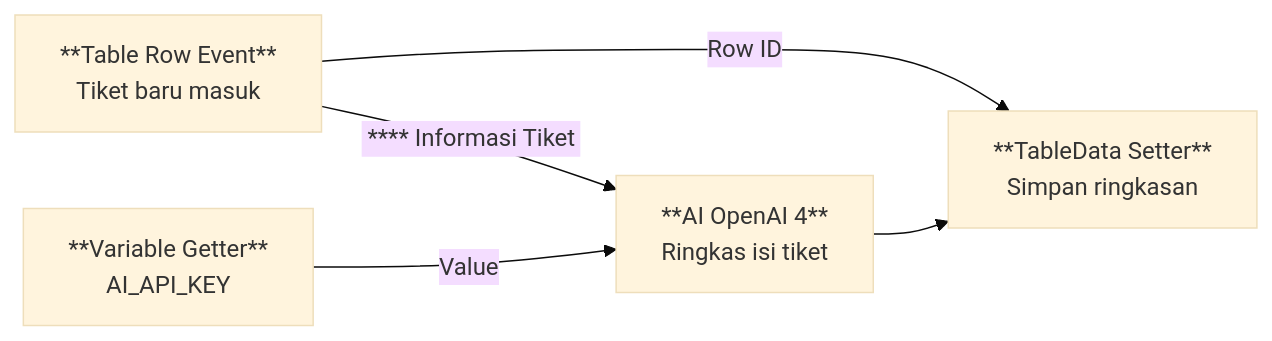
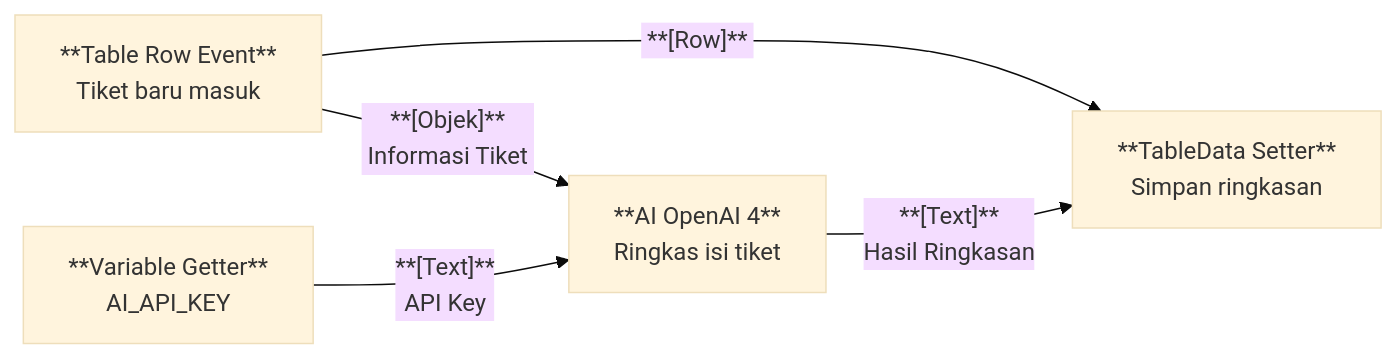
Before and after one commit to ginalne/phoenix-docs: the second of 2 diagrams in Docs/Modul Data/Variable/Apa itu Variable.md, drawn with Mermaid (base theme). The commit also changed other lines of this file and 2 other files, not shown here.

````diff
--- a/Docs/Modul Data/Variable/Apa itu Variable.md
+++ b/Docs/Modul Data/Variable/Apa itu Variable.md
@@ -158,7 +158,7 @@
 ```mermaid
 flowchart LR
-    A[**Table Row Event**<br/>Tiket baru masuk] -->|"&nbsp;**<Objek >** Informasi Tiket&nbsp;"| C
-    A -->|" Row ID "| D
-    B["**Variable Getter**<br/>AI_API_KEY"] -->|"Value"| C["**AI OpenAI 4**<br/>Ringkas isi tiket"]
-    C --> D["**TableData Setter**<br/>Simpan ringkasan"]
+    A[**Table Row Event**<br/>Tiket baru masuk] -->|"**[Objek]**<br> &nbsp;Informasi Tiket&nbsp;"| C
+    A -->|"&nbsp;**[Row]**&nbsp;"| D
+    B["**Variable Getter**<br/>AI_API_KEY"] -->|"**[Text]**<br>&nbsp;API Key&nbsp;"| C["**AI OpenAI 4**<br/>Ringkas isi tiket"]
+    C -->|"&nbsp;**[Text]**&nbsp;<br>Hasil Ringkasan"| D["**TableData Setter**<br/>Simpan ringkasan"]
 ```
````
